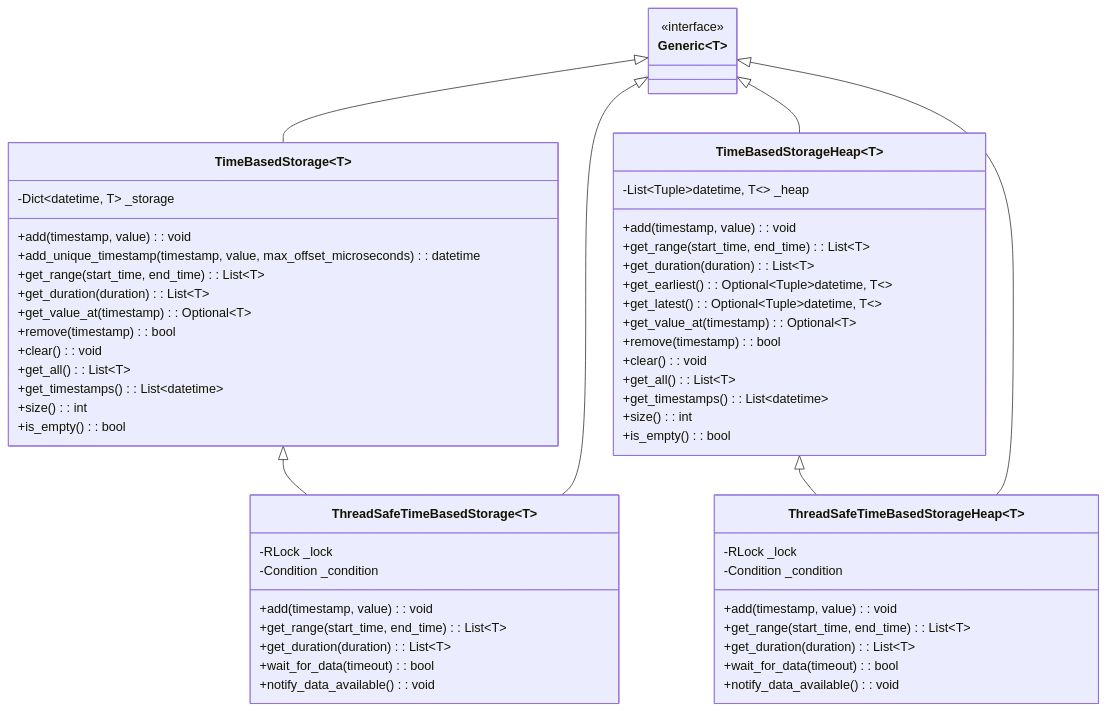
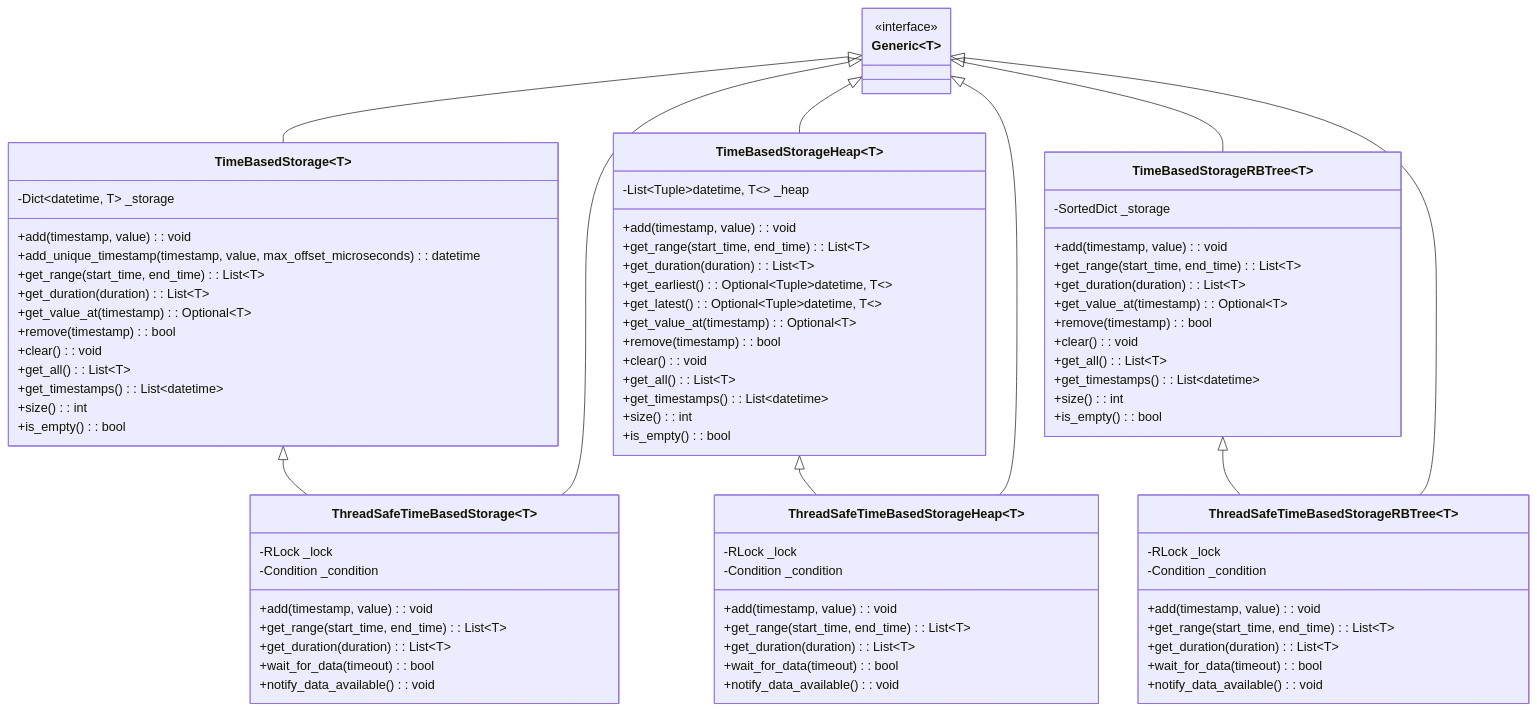
Before and after one commit to johnburbridge/python-time-based-experiment: the diagram in docs/architecture.md, drawn with Mermaid. The commit also changed other lines of this file and 2 other files, not shown here.

````diff
--- a/docs/architecture.md
+++ b/docs/architecture.md
@@ -59,6 +61,20 @@
         +is_empty(): bool
     }
     
+    class TimeBasedStorageRBTree~T~ {
+        -SortedDict _storage
+        +add(timestamp, value): void
+        +get_range(start_time, end_time): List~T~
+        +get_duration(duration): List~T~
+        +get_value_at(timestamp): Optional~T~
+        +remove(timestamp): bool
+        +clear(): void
+        +get_all(): List~T~
+        +get_timestamps(): List~datetime~
+        +size(): int
+        +is_empty(): bool
+    }
+    
     class ThreadSafeTimeBasedStorage~T~ {
         -RLock _lock
         -Condition _condition
@@ -79,10 +95,23 @@
         +notify_data_available(): void
     }
     
+    class ThreadSafeTimeBasedStorageRBTree~T~ {
+        -RLock _lock
+        -Condition _condition
+        +add(timestamp, value): void
+        +get_range(start_time, end_time): List~T~
+        +get_duration(duration): List~T~
+        +wait_for_data(timeout): bool
+        +notify_data_available(): void
+    }
+    
     Generic~T~ <|-- TimeBasedStorage~T~
     Generic~T~ <|-- TimeBasedStorageHeap~T~
+    Generic~T~ <|-- TimeBasedStorageRBTree~T~
     TimeBasedStorage~T~ <|-- ThreadSafeTimeBasedStorage~T~
     TimeBasedStorageHeap~T~ <|-- ThreadSafeTimeBasedStorageHeap~T~
+    TimeBasedStorageRBTree~T~ <|-- ThreadSafeTimeBasedStorageRBTree~T~
     Generic~T~ <|-- ThreadSafeTimeBasedStorage~T~
     Generic~T~ <|-- ThreadSafeTimeBasedStorageHeap~T~
+    Generic~T~ <|-- ThreadSafeTimeBasedStorageRBTree~T~
 ```
````
